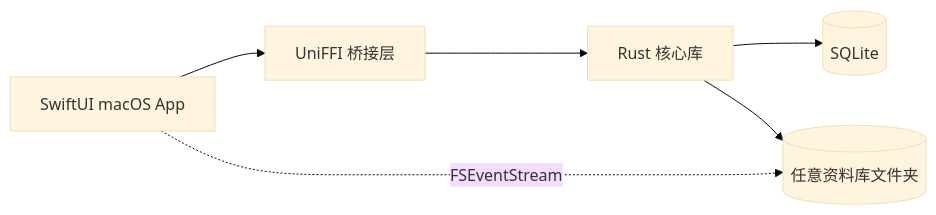
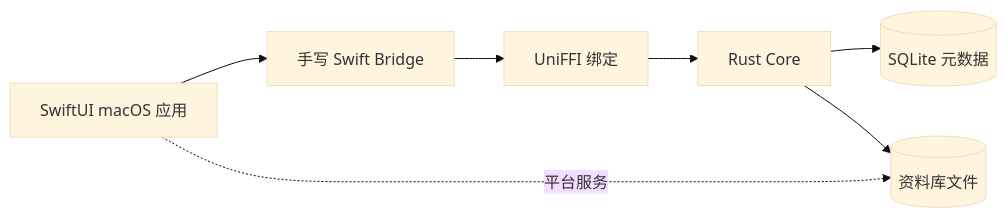
The diagram in README.zh-CN.md (AreaSong/AreaMatrix), drawn with Mermaid (base theme) before and after one commit. The commit also changed other lines of this file and 63 other files, not shown here.

````diff
--- a/README.zh-CN.md
+++ b/README.zh-CN.md
@@ -38,13 +68,14 @@
 ```mermaid
 flowchart LR
-    UI[SwiftUI macOS App]
-    FFI[UniFFI 桥接层]
-    Core[Rust 核心库]
-    DB[(SQLite)]
-    Repo[(任意资料库文件夹)]
+    UI[SwiftUI macOS 应用]
+    Bridge[手写 Swift Bridge]
+    FFI[UniFFI 绑定]
+    Core[Rust Core]
+    DB[(SQLite 元数据)]
+    FS[(资料库文件)]
 
-    UI --> FFI --> Core
+    UI --> Bridge --> FFI --> Core
     Core --> DB
-    Core --> Repo
-    UI -.FSEventStream.-> Repo
+    Core --> FS
+    UI -. 平台服务 .-> FS
 ```
````
